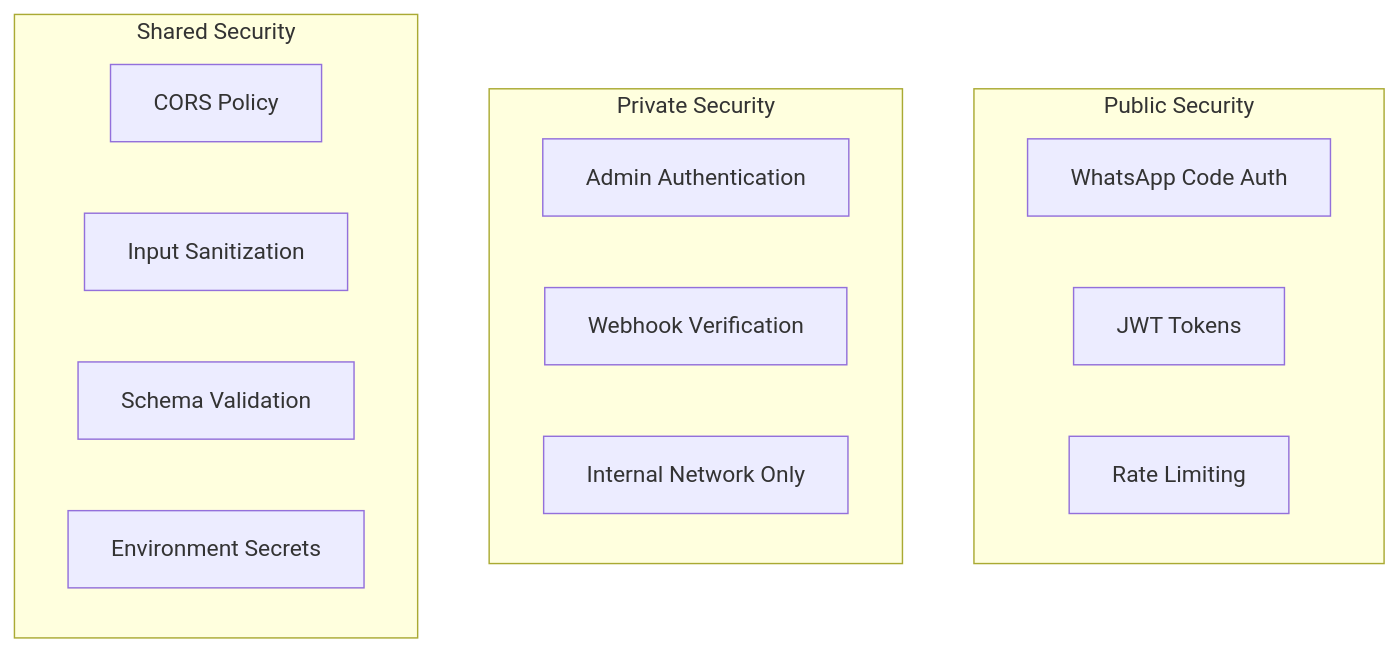
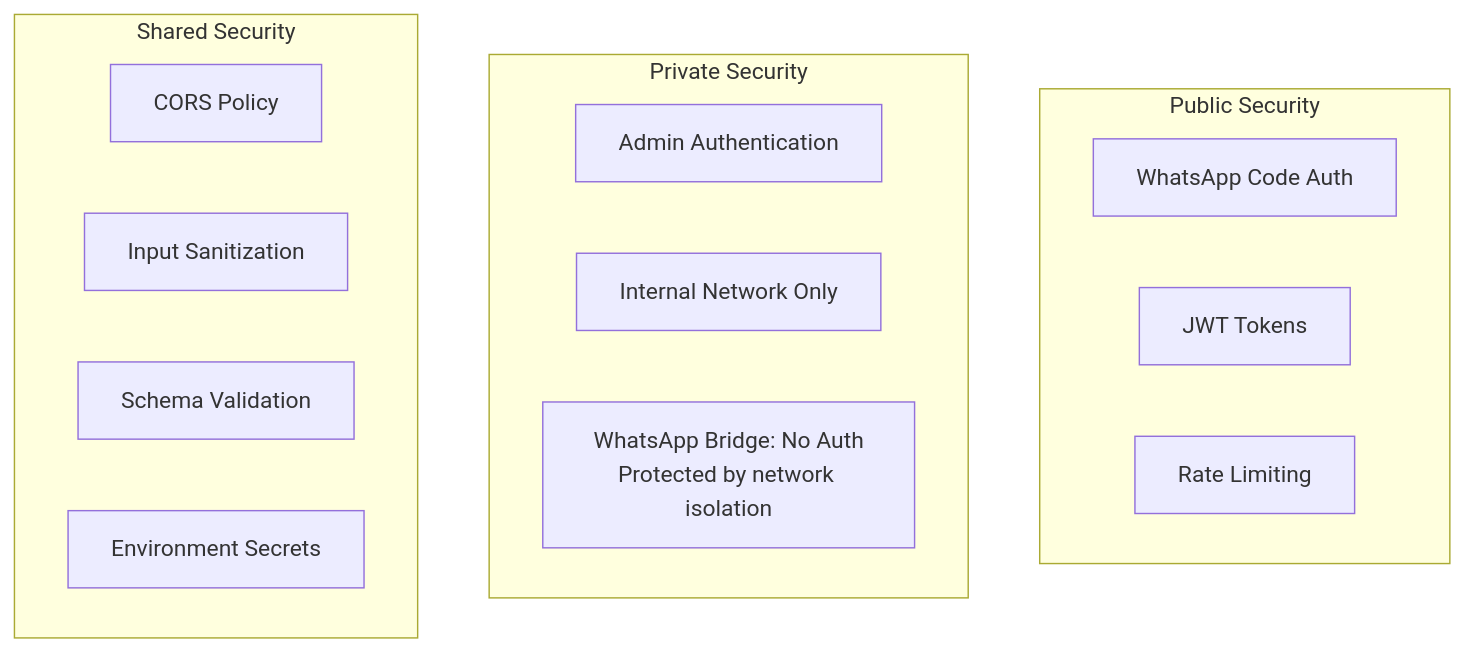
One commit to tonylampada/zapa changed the ninth of 13 diagrams in architecture.md. Above: the diagram before and after it, drawn with Mermaid. The commit also changed other lines of this file and 1 other file, not shown here.

First line of the commit message:
Update architecture to reflect WhatsApp Bridge security model

````diff
--- a/architecture.md
+++ b/architecture.md
@@ -347,21 +347,21 @@
 ```mermaid
 graph TB
     subgraph "Public Security"
         WA_AUTH[WhatsApp Code Auth]
         JWT[JWT Tokens]
         RATE_PUB[Rate Limiting]
     end
     
     subgraph "Private Security"
         ADMIN_AUTH[Admin Authentication]
-        WEBHOOK_AUTH[Webhook Verification]
         INTERNAL[Internal Network Only]
+        BRIDGE_NOTE[WhatsApp Bridge: No Auth<br/>Protected by network isolation]
     end
     
     subgraph "Shared Security"
         CORS[CORS Policy]
         SANITIZE[Input Sanitization]
         VALIDATE[Schema Validation]
         ENV[Environment Secrets]
     end
 ```
````
